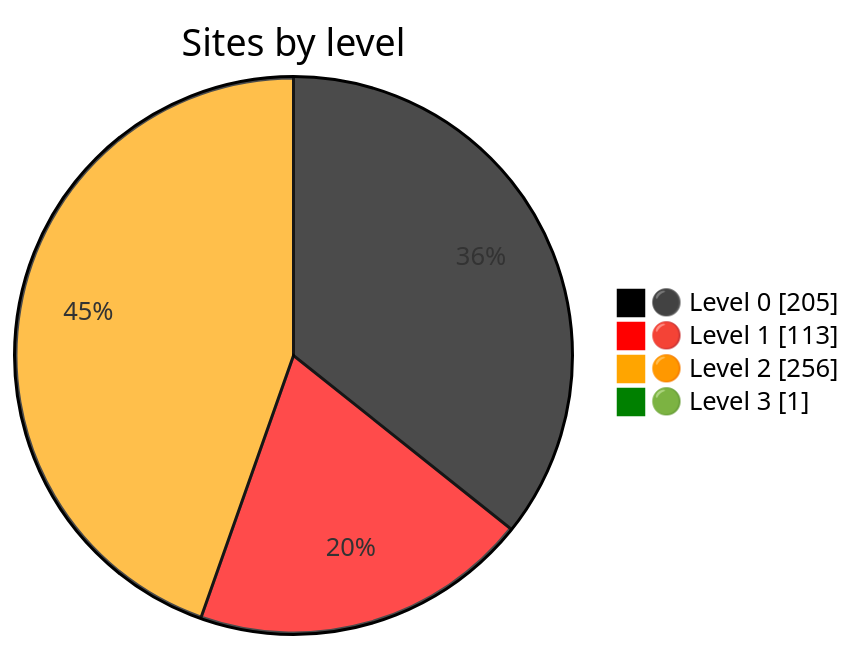
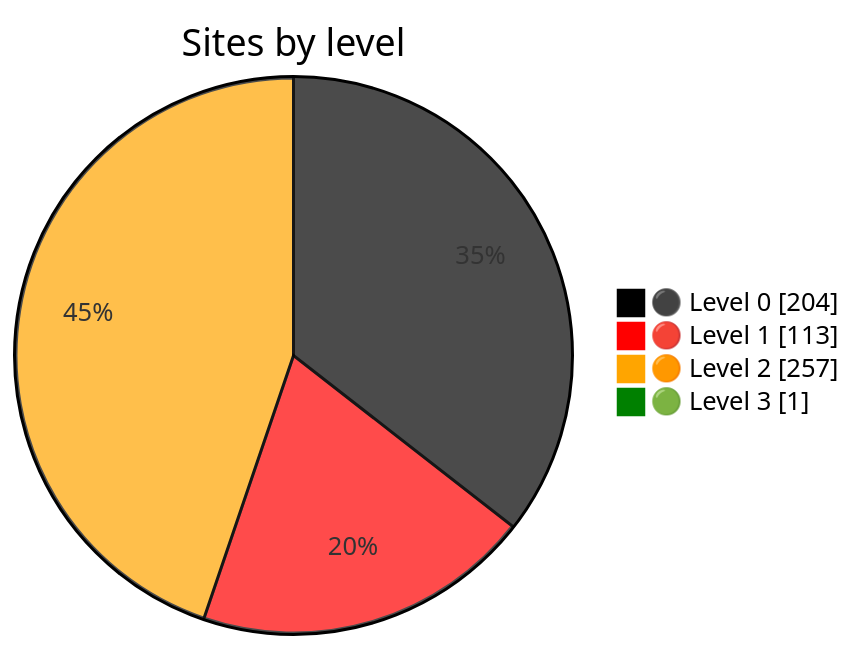
One commit to nuuuwan/gov_lk_web_auditor changed the diagram in README.md. Above: the diagram before and after it, drawn with Mermaid. The commit also changed other lines of this file and 2576 other files, not shown here.

````diff
--- a/README.md
+++ b/README.md
@@ -24,9 +24,9 @@
 ```mermaid
 %%{init: {"themeVariables":{"pie1":"black","pie2":"red","pie3":"orange","pie4":"green"}}}%%
 pie showData
     title Sites by level
-    "⚫ Level 0" : 205
+    "⚫ Level 0" : 204
     "🔴 Level 1" : 113
-    "🟠 Level 2" : 256
+    "🟠 Level 2" : 257
     "🟢 Level 3" : 1
 ```
````
